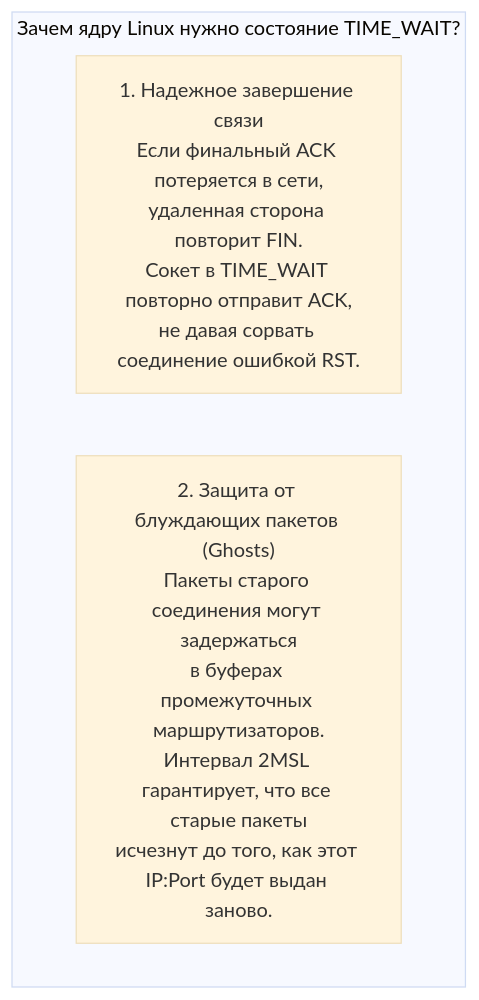
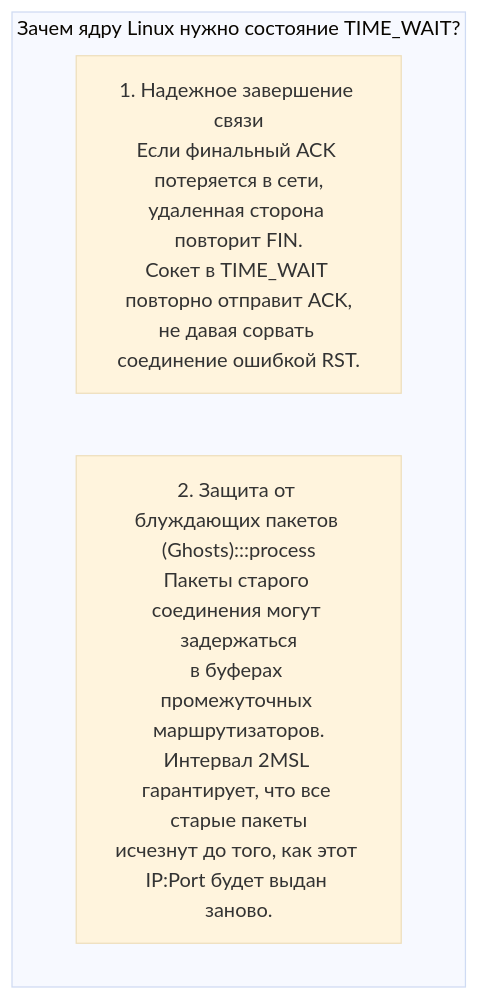
Before and after one commit to UnrealTemplier/go-textbook: the second of 3 diagrams in sources/2. Устройство и работа ОС/50. TIME_WAIT, CLOSE_WAIT и проблемы сокетов.md, drawn with Mermaid (base theme). The commit also changed other lines of this file and 1666 other files, not shown here.

First line of the commit message:
feat(mermaid): add semantic color classDef to 1369 colorless flowchart/graph diagrams

````diff
--- a/sources/2. Устройство и работа ОС/50. TIME_WAIT, CLOSE_WAIT и проблемы сокетов.md
+++ b/sources/2. Устройство и работа ОС/50. TIME_WAIT, CLOSE_WAIT и проблемы сокетов.md
@@ -45,15 +45,25 @@
 ```mermaid
 flowchart TD
+    classDef process  fill:#1e293b,stroke:#38bdf8,stroke-width:1px,color:#f8fafc
+    classDef success  fill:#064e3b,stroke:#34d399,stroke-width:1px,color:#f8fafc
+    classDef error    fill:#7f1d1d,stroke:#f87171,stroke-width:1px,color:#f8fafc
+    classDef warning  fill:#78350f,stroke:#fbbf24,stroke-width:1px,color:#f8fafc
+    classDef entry    fill:#1e3a5f,stroke:#38bdf8,stroke-width:2px,color:#f8fafc
+    classDef aux      fill:#334155,stroke:#64748b,stroke-width:1px,color:#f8fafc
+    classDef system   fill:#312e81,stroke:#a78bfa,stroke-width:1px,color:#f8fafc
+    classDef data     fill:#132d29,stroke:#2dd4bf,stroke-width:1px,color:#f8fafc
+    classDef network  fill:#881337,stroke:#fb7185,stroke-width:1px,color:#f8fafc
+    classDef accent   fill:#1e1b4b,stroke:#818cf8,stroke-width:1px,color:#f8fafc
     subgraph WhyTimeWait["Зачем ядру Linux нужно состояние TIME_WAIT?"]
         R1["1. Надежное завершение связи
 Если финальный ACK потеряется в сети,
 удаленная сторона повторит FIN.
 Сокет в TIME_WAIT повторно отправит ACK,
 не давая сорвать соединение ошибкой RST."]
-        R2["2. Защита от блуждающих пакетов (Ghosts)
+        R2["2. Защита от блуждающих пакетов (Ghosts):::process
 Пакеты старого соединения могут задержаться
 в буферах промежуточных маршрутизаторов.
 Интервал 2MSL гарантирует, что все старые пакеты
 исчезнут до того, как этот IP:Port будет выдан заново."]
     end
 ```
````
